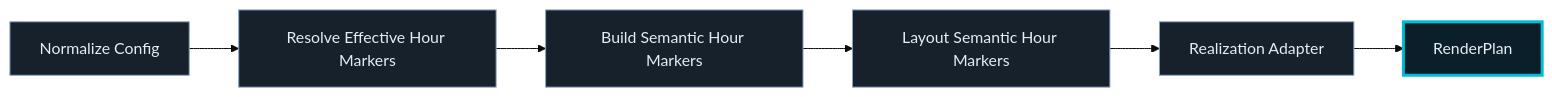
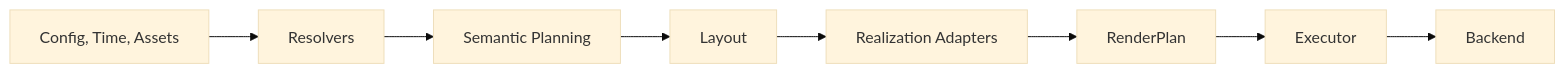
One commit to generationtech/libration changed the diagram in ARCHITECTURE.md. Above: the diagram before and after it, drawn with Mermaid (base theme). The commit also changed other lines of this file and 33 other files, not shown here.

````diff
--- a/ARCHITECTURE.md
+++ b/ARCHITECTURE.md
@@ -398,14 +25,10 @@
 ```mermaid
 flowchart LR
-    N[Normalize Config] --> R[Resolve Effective Hour Markers]
-    R --> S[Build Semantic Hour Markers]
-    S --> L[Layout Semantic Hour Markers]
-    L --> A[Realization Adapter]
-    A --> RP[RenderPlan]
-
-    classDef pipeline fill:#16212b,stroke:#8aa4c8,color:#e6edf3;
-    classDef boundary fill:#0b1f2a,stroke:#00bcd4,stroke-width:3px,color:#e6edf3;
-
-    class N,R,S,L,A pipeline;
-    class RP boundary;
+    IN[Config, Time, Assets] --> RES[Resolvers]
+    RES --> SEM[Semantic Planning]
+    SEM --> LAY[Layout]
+    LAY --> ADA[Realization Adapters]
+    ADA --> RP[RenderPlan]
+    RP --> EX[Executor]
+    EX --> BE[Backend]
 ```
````
